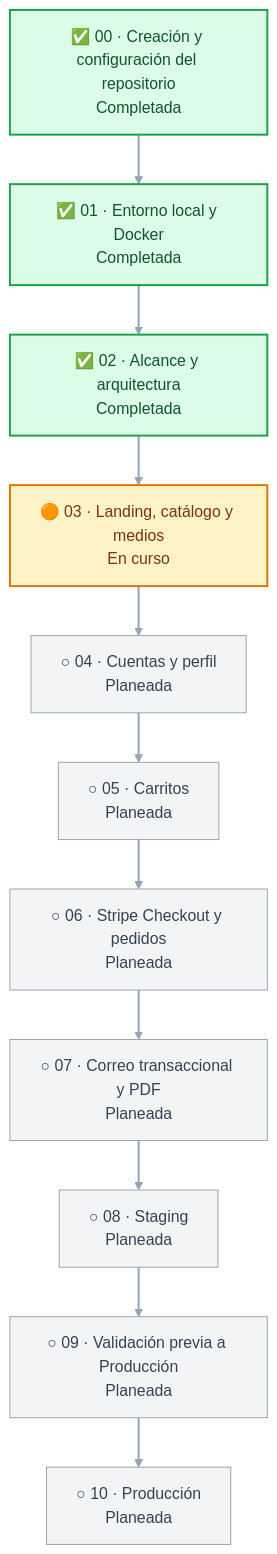
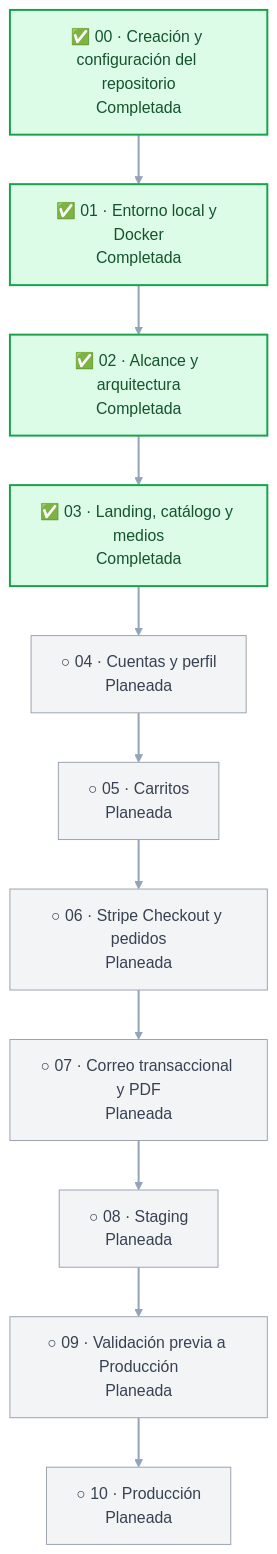
One commit to sadamlg/sr_del_mictlan changed the diagram in docs/ROADMAP.md. Above: the diagram before and after it, drawn with Mermaid. The commit also changed other lines of this file, not shown here.

Commit message:
docs: close phase 03 roadmap

````diff
--- a/docs/ROADMAP.md
+++ b/docs/ROADMAP.md
@@ -23,23 +23,22 @@
 ```mermaid
 flowchart TB
     p00["✅ 00 · Creación y configuración del repositorio<br/>Completada"] --> p01
     p01["✅ 01 · Entorno local y Docker<br/>Completada"] --> p02["✅ 02 · Alcance y arquitectura<br/>Completada"]
-    p02 --> p03["🟠 03 · Landing, catálogo y medios<br/>En curso"]
+    p02 --> p03["✅ 03 · Landing, catálogo y medios<br/>Completada"]
     p03 --> p04["○ 04 · Cuentas y perfil<br/>Planeada"]
     p04 --> p05["○ 05 · Carritos<br/>Planeada"]
     p05 --> p06["○ 06 · Stripe Checkout y pedidos<br/>Planeada"]
     p06 --> p07["○ 07 · Correo transaccional y PDF<br/>Planeada"]
     p07 --> p08["○ 08 · Staging<br/>Planeada"]
     p08 --> p09["○ 09 · Validación previa a Producción<br/>Planeada"]
     p09 --> p10["○ 10 · Producción<br/>Planeada"]
 
     classDef completed fill:#dcfce7,stroke:#16a34a,color:#14532d,stroke-width:2px;
     classDef active fill:#fef3c7,stroke:#d97706,color:#78350f,stroke-width:2px;
     classDef planned fill:#f3f4f6,stroke:#9ca3af,color:#374151;
 
-    class p00,p01,p02 completed;
-    class p03 active;
+    class p00,p01,p02,p03 completed;
     class p04,p05,p06,p07,p08,p09,p10 planned;
 
     linkStyle default stroke:#94a3b8,stroke-width:2px;
 ```
````
